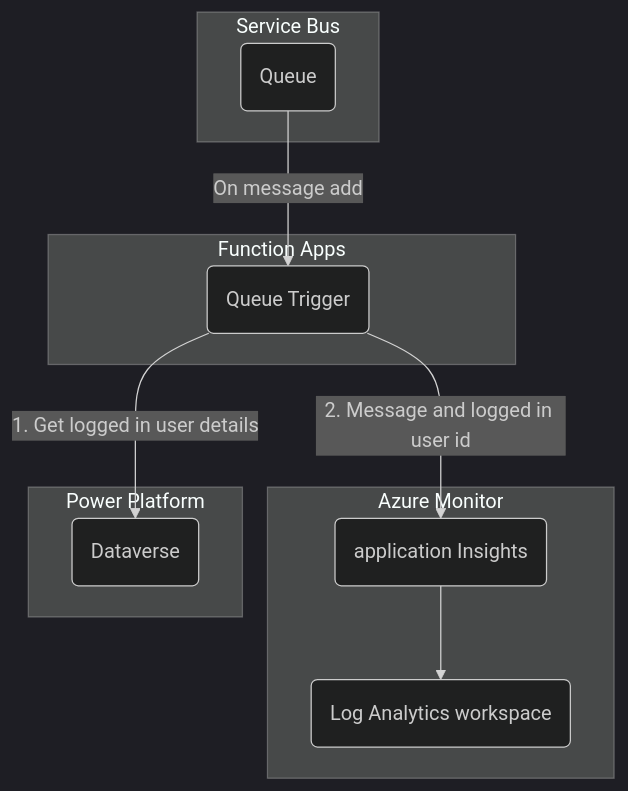
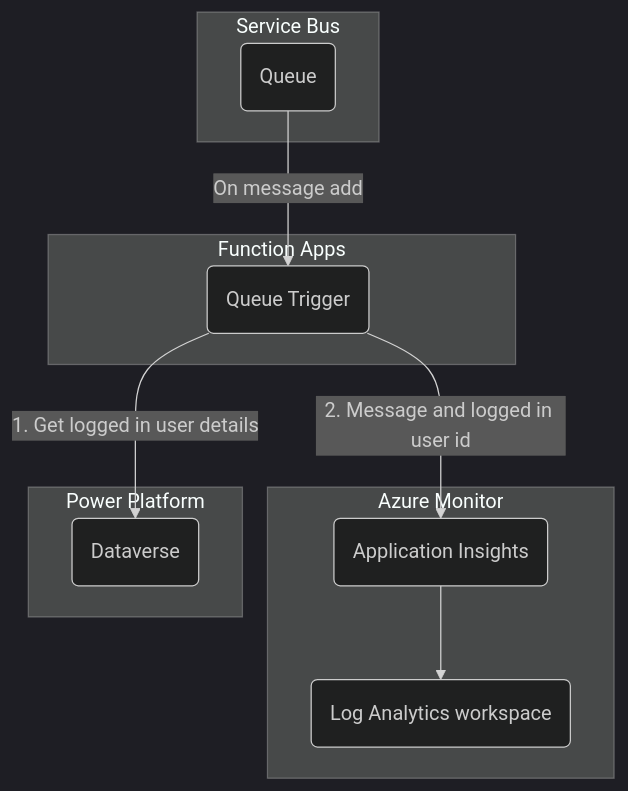
One commit to TopGuru777/Azure_Traverse_integration changed the diagram in docs/A1-Architecture.md. Above: the diagram before and after it, drawn with Mermaid (dark theme).

Commit message:
Small correction in diagram in architecture doc page

````diff
--- a/docs/A1-Architecture.md
+++ b/docs/A1-Architecture.md
@@ -9,24 +9,24 @@
 ```mermaid
 graph TB
     subgraph Function Apps
         sbTrigger
     end
 
     subgraph Service Bus
         sb(Queue)
         sb-->|On message add|sbTrigger(Queue Trigger)
     end
 
     subgraph Azure Monitor
-        ai(application Insights)
+        ai(Application Insights)
         la(Log Analytics workspace)
         sbTrigger-->|2. Message and logged in user id|ai
         ai-->la
     end
 
     subgraph Power Platform
         dataverse(Dataverse)
         sbTrigger-->|1. Get logged in user details|dataverse
     end
 
 ```
````
